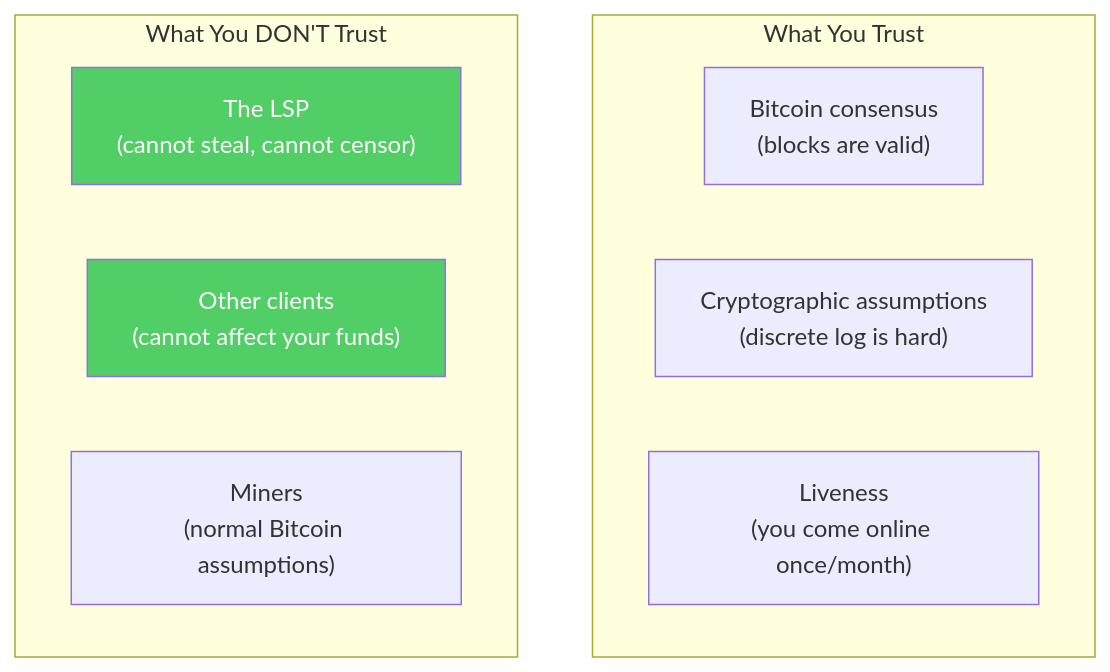
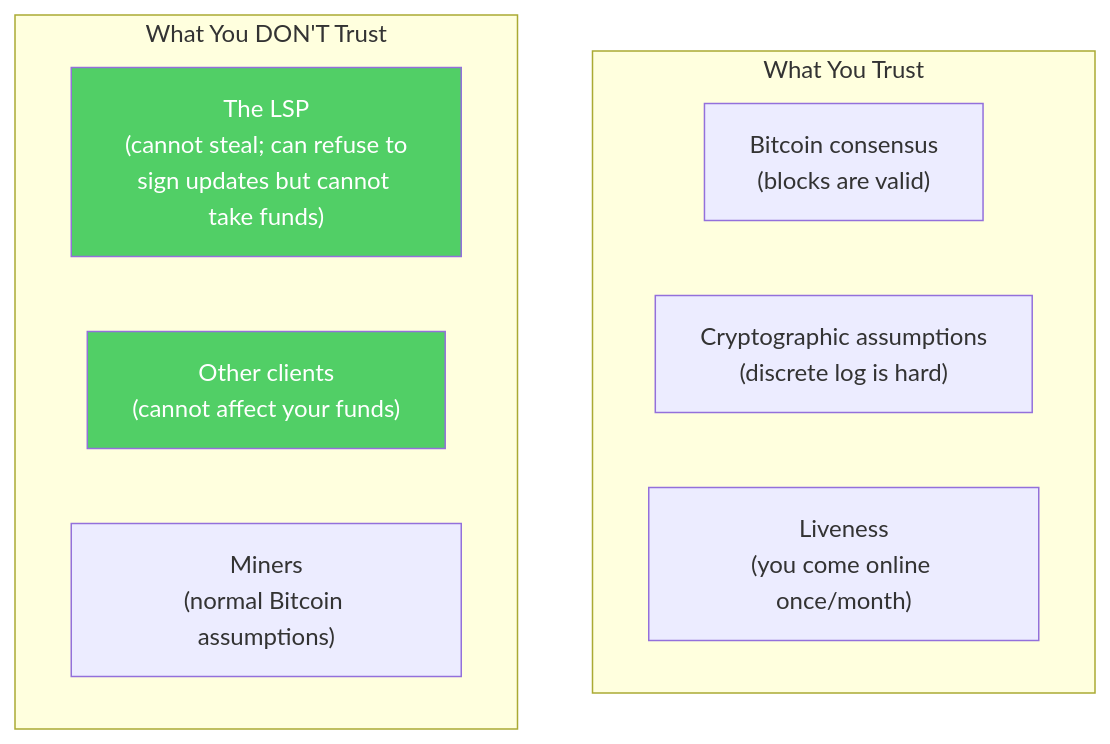
The diagram in deep-dives/security-model.md (8144225309/superscalar-docs), drawn with Mermaid before and after one commit. The commit also changed other lines of this file and 31 other files, not shown here.

````diff
--- a/deep-dives/security-model.md
+++ b/deep-dives/security-model.md
@@ -13,17 +13,17 @@
 ```mermaid
 graph TD
     subgraph "What You Trust"
         BTC["Bitcoin consensus<br/>(blocks are valid)"]
         MATH["Cryptographic assumptions<br/>(discrete log is hard)"]
         LIVE["Liveness<br/>(you come online once/month)"]
     end
 
     subgraph "What You DON'T Trust"
-        LSP["The LSP<br/>(cannot steal, cannot censor)"]
+        LSP["The LSP<br/>(cannot steal; can refuse to<br/>sign updates but cannot take funds)"]
         OTHER["Other clients<br/>(cannot affect your funds)"]
         MINER["Miners<br/>(normal Bitcoin assumptions)"]
     end
 
     style LSP fill:#51cf66,color:#fff
     style OTHER fill:#51cf66,color:#fff
 ```
````
